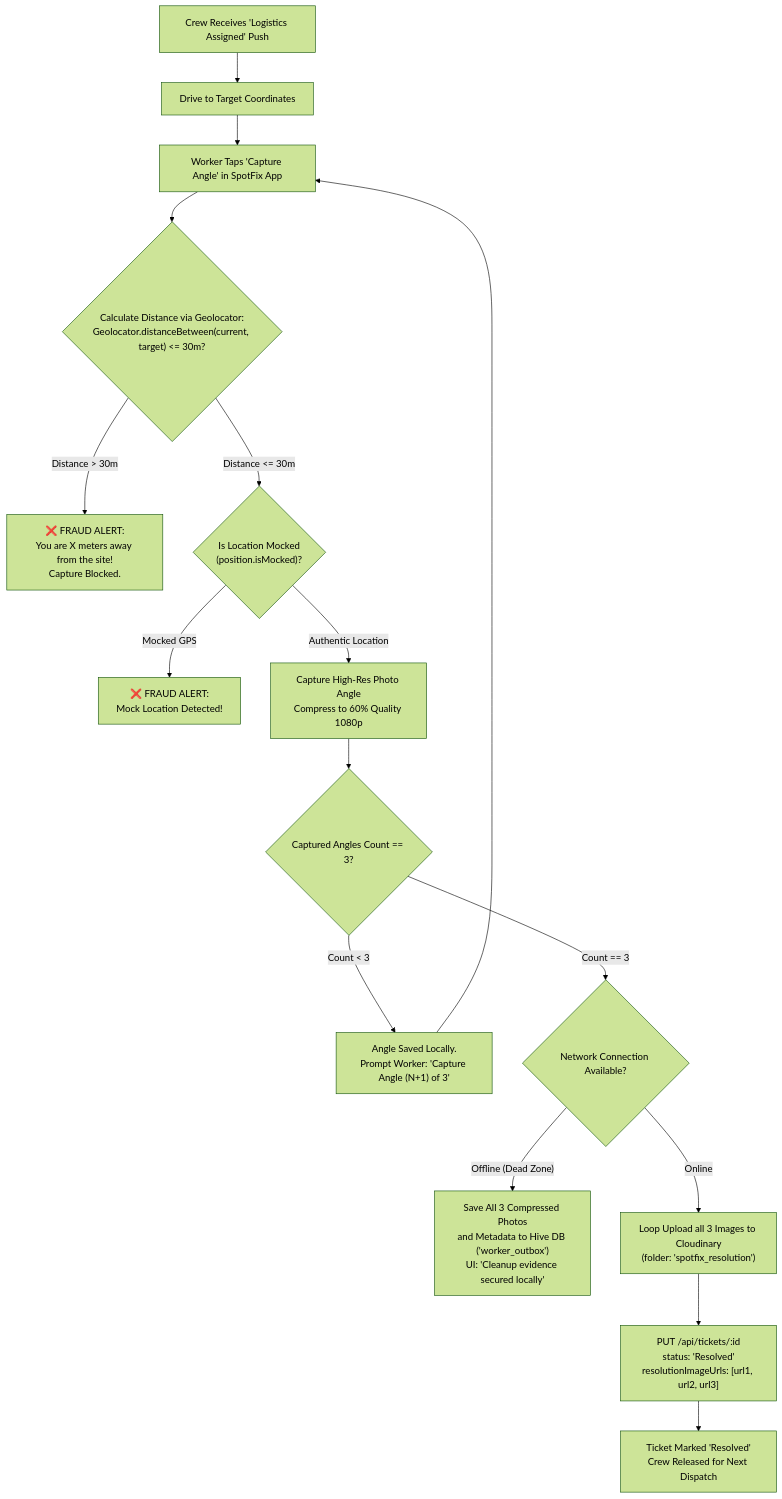
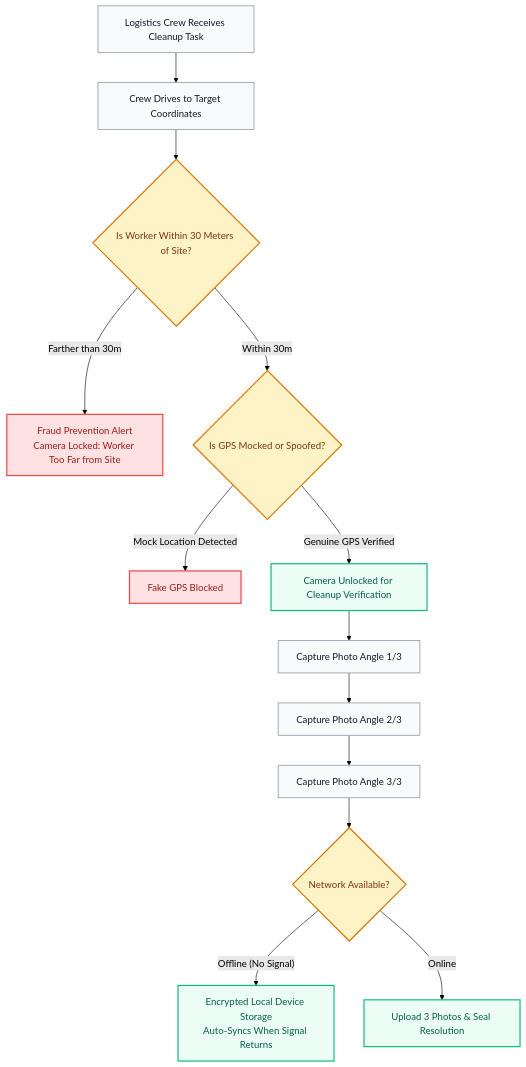
One commit to Parth-Chavan-15/SpotFix changed the fourth of 5 diagrams in README.md. Above: the diagram before and after it, drawn with Mermaid (forest theme). The commit also changed other lines of this file and 4 other files, not shown here.

Commit message:
docs: restructure README to winning showcase with user UI screenshots, human-centric flowcharts, and zero code jargon

````diff
--- a/README.md
+++ b/README.md
@@ -404,26 +242,24 @@
 ```mermaid
 flowchart TD
-    CREW_NOTIFIED["Crew Receives 'Logistics Assigned' Push"] --> NAV_SITE["Drive to Target Coordinates"]
-    NAV_SITE --> ARRIVE_SITE["Worker Taps 'Capture Angle' in SpotFix App"]
+    classDef step fill:#F9FAFB,stroke:#9CA3AF,stroke-width:1.5px,color:#111827;
+    classDef check fill:#FEF3C7,stroke:#D97706,stroke-width:2px,color:#78350F;
+    classDef blocked fill:#FEE2E2,stroke:#EF4444,stroke-width:2px,color:#991B1B;
+    classDef passed fill:#ECFDF5,stroke:#10B981,stroke-width:2px,color:#065F46;
+
+    ASSIGNED["Logistics Crew Receives Cleanup Task"]:::step --> ARRIVE["Crew Drives to Target Coordinates"]:::step
+    ARRIVE --> PROXIMITY{"Is Worker Within 30 Meters of Site?"}:::check
     
-    ARRIVE_SITE --> DIST_CHECK{"Calculate Distance via Geolocator:\nGeolocator.distanceBetween(current, target) <= 30m?"}
+    PROXIMITY -->|"Farther than 30m"| BLOCK_DIST["Fraud Prevention Alert\nCamera Locked: Worker Too Far from Site"]:::blocked
+    PROXIMITY -->|"Within 30m"| SPOOF{"Is GPS Mocked or Spoofed?"}:::check
     
-    DIST_CHECK -->|"Distance > 30m"| BLOCK_FRAUD["❌ FRAUD ALERT:\nYou are X meters away from the site!\nCapture Blocked."]
+    SPOOF -->|"Mock Location Detected"| BLOCK_MOCK["Fake GPS Blocked"]:::blocked
+    SPOOF -->|"Genuine GPS Verified"| CAMERA_UNLOCK["Camera Unlocked for Cleanup Verification"]:::passed
+
+    CAMERA_UNLOCK --> ANGLE_1["Capture Photo Angle 1/3"]:::step
+    ANGLE_1 --> ANGLE_2["Capture Photo Angle 2/3"]:::step
+    ANGLE_2 --> ANGLE_3["Capture Photo Angle 3/3"]:::step
     
-    DIST_CHECK -->|"Distance <= 30m"| MOCK_CHECK{"Is Location Mocked\n(position.isMocked)?"}
-    MOCK_CHECK -->|"Mocked GPS"| BLOCK_SPOOF["❌ FRAUD ALERT:\nMock Location Detected!"]
-    
-    MOCK_CHECK -->|"Authentic Location"| CAPTURE_ANGLE["Capture High-Res Photo Angle\nCompress to 60% Quality 1080p"]
-    CAPTURE_ANGLE --> ANGLE_COUNTER{"Captured Angles Count == 3?"}
-    
-    ANGLE_COUNTER -->|"Count < 3"| PROMPT_NEXT["Angle Saved Locally.\nPrompt Worker: 'Capture Angle (N+1) of 3'"]
-    PROMPT_NEXT --> ARRIVE_SITE
-    
-    ANGLE_COUNTER -->|"Count == 3"| NET_CHECK{"Network Connection Available?"}
-    
-    NET_CHECK -->|"Offline (Dead Zone)"| SAVE_HIVE["Save All 3 Compressed Photos\nand Metadata to Hive DB ('worker_outbox')\nUI: 'Cleanup evidence secured locally'"]
-    
-    NET_CHECK -->|"Online"| UPLOAD_3["Loop Upload all 3 Images to Cloudinary\n(folder: 'spotfix_resolution')"]
-    UPLOAD_3 --> UPDATE_BACKEND["PUT /api/tickets/:id\nstatus: 'Resolved'\nresolutionImageUrls: [url1, url2, url3]"]
-    UPDATE_BACKEND --> RESOLVED_DONE["Ticket Marked 'Resolved'\nCrew Released for Next Dispatch"]
+    ANGLE_3 --> NET_STATUS{"Network Available?"}:::check
+    NET_STATUS -->|"Offline (No Signal)"| LOCAL_VAULT["Encrypted Local Device Storage\nAuto-Syncs When Signal Returns"]:::passed
+    NET_STATUS -->|"Online"| INSTANT_CLOSE["Upload 3 Photos & Seal Resolution"]:::passed
 ```
````
